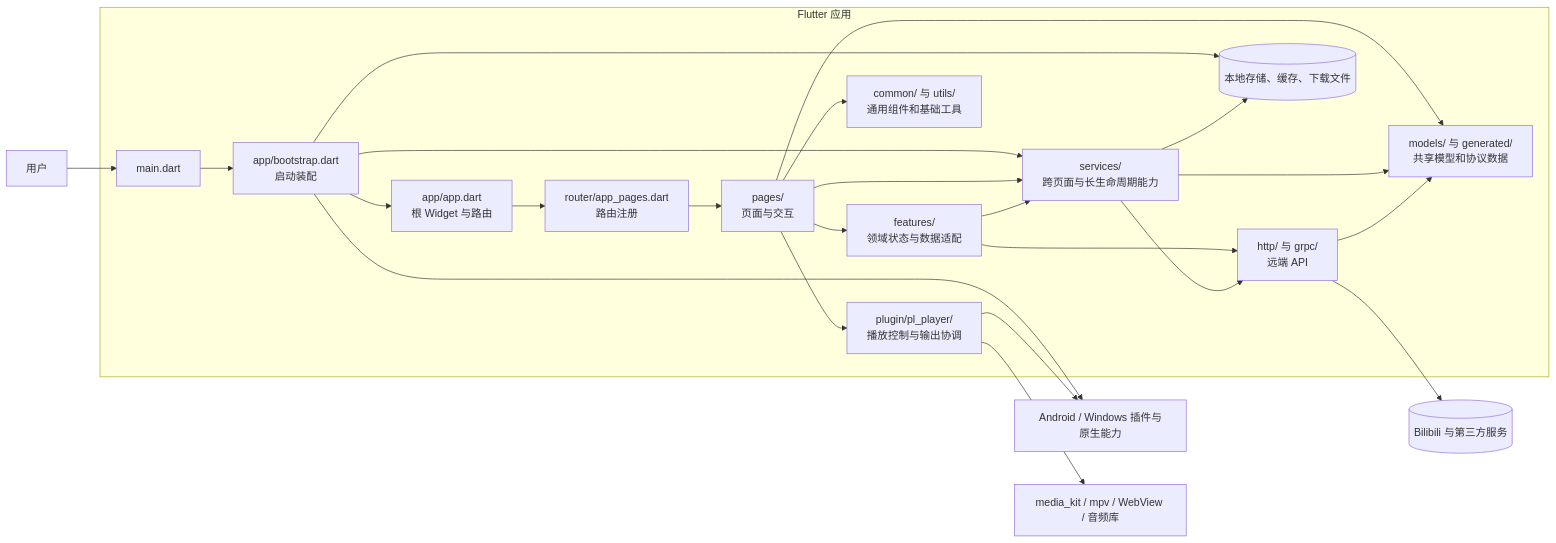
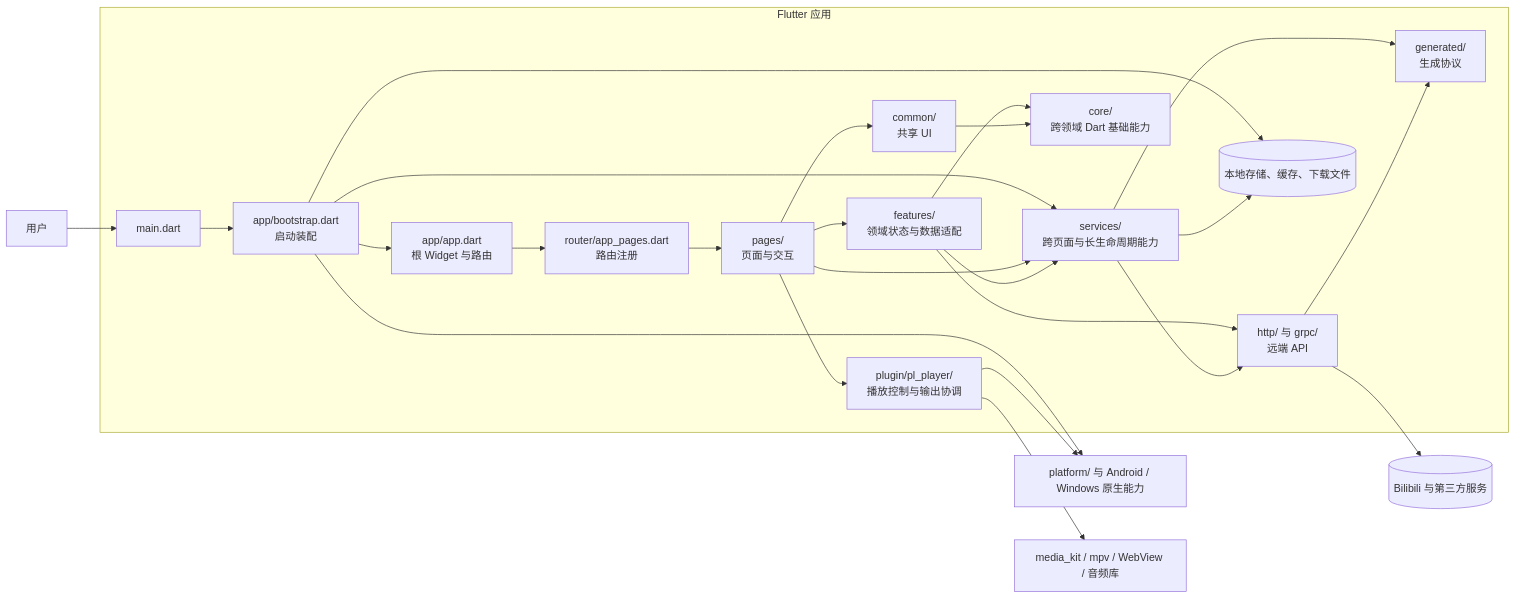
The first of 2 diagrams in doc/development/architecture.md (wallpap/PiliAuroraNext), drawn with Mermaid before and after one commit. The commit also changed other lines of this file and 815 other files, not shown here.

Commit message:
refactor(architecture): retire shared utility and model roots

````diff
--- a/doc/development/architecture.md
+++ b/doc/development/architecture.md
@@ -9,40 +9,42 @@
 ```mermaid
 flowchart LR
     User[用户]
     subgraph App[Flutter 应用]
         Main[main.dart]
         Bootstrap[app/bootstrap.dart<br/>启动装配]
         Root[app/app.dart<br/>根 Widget 与路由]
         Routes[router/app_pages.dart<br/>路由注册]
         Pages[pages/<br/>页面与交互]
         Features[features/<br/>领域状态与数据适配]
         Http[http/ 与 grpc/<br/>远端 API]
         Services[services/<br/>跨页面与长生命周期能力]
         Player[plugin/pl_player/<br/>播放控制与输出协调]
-        Models[models/ 与 generated/<br/>共享模型和协议数据]
-        Shared[common/ 与 utils/<br/>通用组件和基础工具]
+        Protocols[generated/<br/>生成协议]
+        Shared[common/<br/>共享 UI]
+        Core[core/<br/>跨领域 Dart 基础能力]
         Local[(本地存储、缓存、下载文件)]
     end
-    Platform[Android / Windows 插件与原生能力]
+    Platform[platform/ 与 Android / Windows 原生能力]
     Media[media_kit / mpv / WebView / 音频库]
     Remote[(Bilibili 与第三方服务)]
 
     User --> Main --> Bootstrap --> Root --> Routes --> Pages
     Bootstrap --> Services
     Bootstrap --> Platform
     Bootstrap --> Local
     Pages --> Features
     Pages --> Services
     Pages --> Player
-    Pages --> Models
     Pages --> Shared
     Features --> Http
     Features --> Services
+    Features --> Core
+    Shared --> Core
     Services --> Http
-    Services --> Models
+    Services --> Protocols
     Services --> Local
-    Http --> Models
+    Http --> Protocols
     Http --> Remote
     Player --> Media
     Player --> Platform
 ```
````
